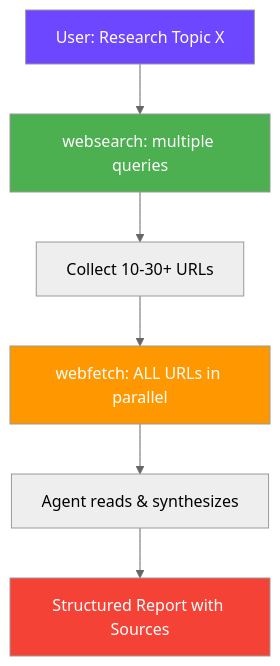
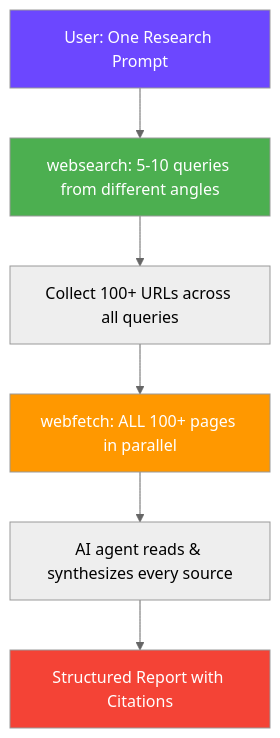
The diagram in README.md (FMATheNomad/deep-research-skill), drawn with Mermaid (neutral theme) before and after one commit. The commit also changed other lines of this file, not shown here.

Commit message:
feat: emphasize 100+ sources parallel browsing like DeepSeek app

````diff
--- a/README.md
+++ b/README.md
@@ -74,13 +75,13 @@
 ```mermaid
 graph TD
-    A[User: Research Topic X] --> B[websearch: multiple queries]
-    B --> C[Collect 10-30+ URLs]
-    C --> D[webfetch: ALL URLs in parallel]
-    D --> E[Agent reads & synthesizes]
-    E --> F[Structured Report with Sources]
+    A[User: One Research Prompt] --> B[websearch: 5-10 queries from different angles]
+    B --> C[Collect 100+ URLs across all queries]
+    C --> D[webfetch: ALL 100+ pages in parallel]
+    D --> E[AI agent reads & synthesizes every source]
+    E --> F[Structured Report with Citations]
     
     style A fill:#6C47FF,color:#fff
     style B fill:#4CAF50,color:#fff
     style D fill:#FF9800,color:#fff
     style F fill:#f44336,color:#fff
 ```
````
